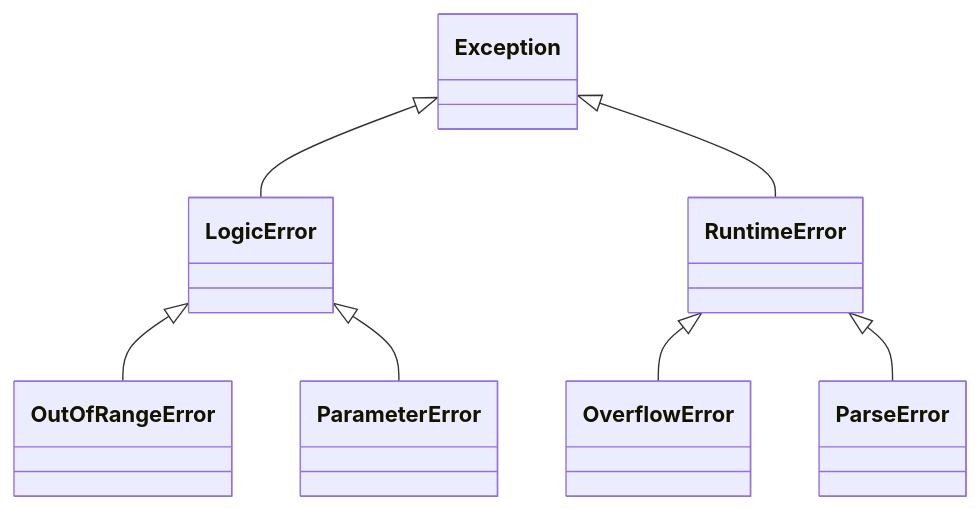
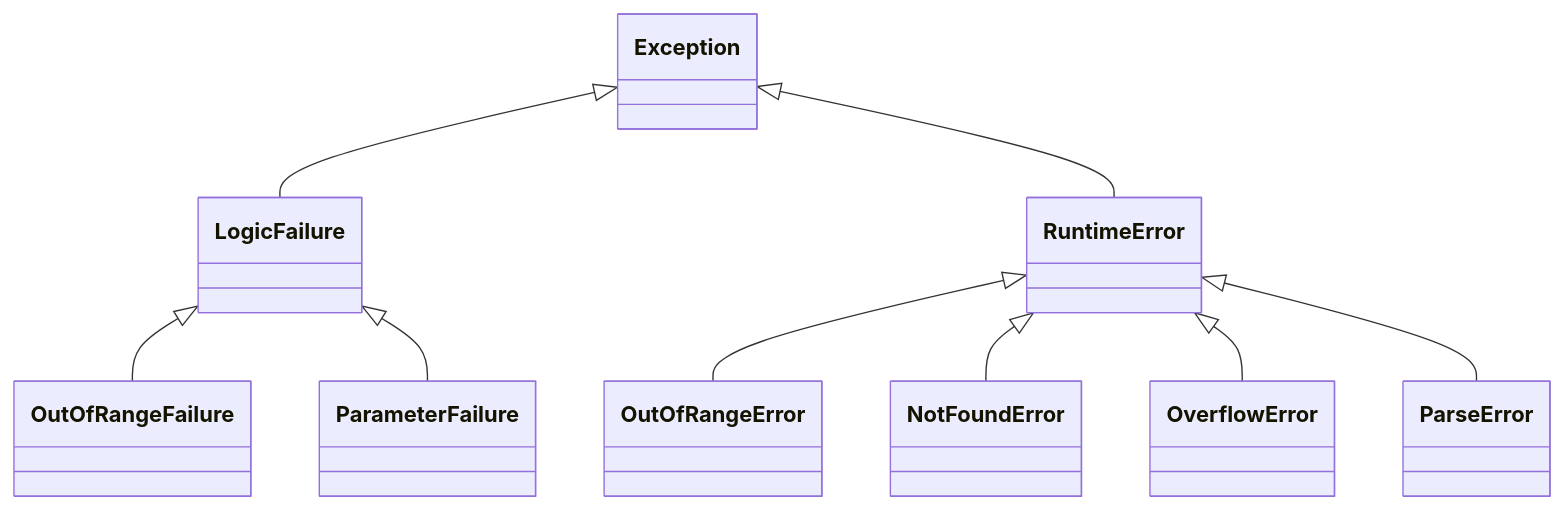
Before and after one commit to erbsland-dev/erbsland-core: the diagram in doc/topics/err/overview.rst, drawn with Mermaid. The commit also changed other lines of this file and 7514 other files, not shown here.

```diff
--- a/doc/topics/err/overview.rst
+++ b/doc/topics/err/overview.rst
@@ -120,9 +122,11 @@
 .. mermaid::
 
     classDiagram
-        Exception <|-- LogicError
+        Exception <|-- LogicFailure
         Exception <|-- RuntimeError
-        LogicError <|-- OutOfRangeError
-        LogicError <|-- ParameterError
+        LogicFailure <|-- OutOfRangeFailure
+        RuntimeError <|-- OutOfRangeError
+        RuntimeError <|-- NotFoundError
+        LogicFailure <|-- ParameterFailure
         RuntimeError <|-- OverflowError
         RuntimeError <|-- ParseError
```
